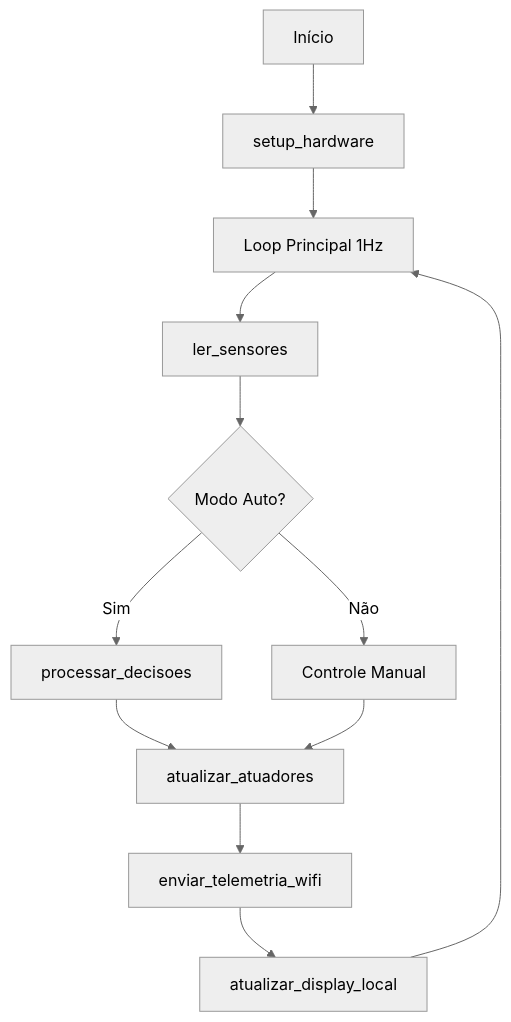
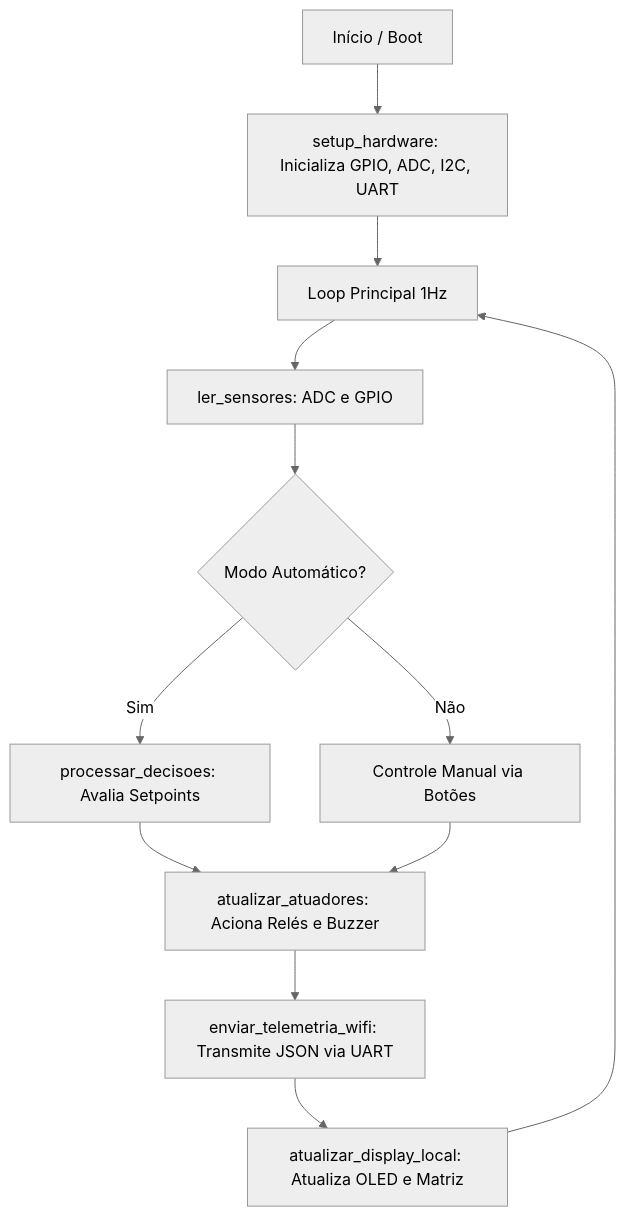
Before and after one commit to LRMoraiss/Farmtech: the diagram in Relatorio_Tecnico_FarmTech.md, drawn with Mermaid (neutral theme). The commit also changed other lines of this file and 2 other files, not shown here.

````diff
--- a/Relatorio_Tecnico_FarmTech.md
+++ b/Relatorio_Tecnico_FarmTech.md
@@ -70,14 +73,14 @@
 ```mermaid
 graph TD
-    A[Início] --> B[setup_hardware]
+    A[Início / Boot] --> B[setup_hardware: Inicializa GPIO, ADC, I2C, UART]
     B --> C[Loop Principal 1Hz]
-    C --> D[ler_sensores]
-    D --> E{Modo Auto?}
-    E -- Sim --> F[processar_decisoes]
-    E -- Não --> G[Controle Manual]
-    F --> H[atualizar_atuadores]
+    C --> D[ler_sensores: ADC e GPIO]
+    D --> E{Modo Automático?}
+    E -- Sim --> F[processar_decisoes: Avalia Setpoints]
+    E -- Não --> G[Controle Manual via Botões]
+    F --> H[atualizar_atuadores: Aciona Relés e Buzzer]
     G --> H
-    H --> I[enviar_telemetria_wifi]
-    I --> J[atualizar_display_local]
+    H --> I[enviar_telemetria_wifi: Transmite JSON via UART]
+    I --> J[atualizar_display_local: Atualiza OLED e Matriz]
     J --> C
 ```
````
